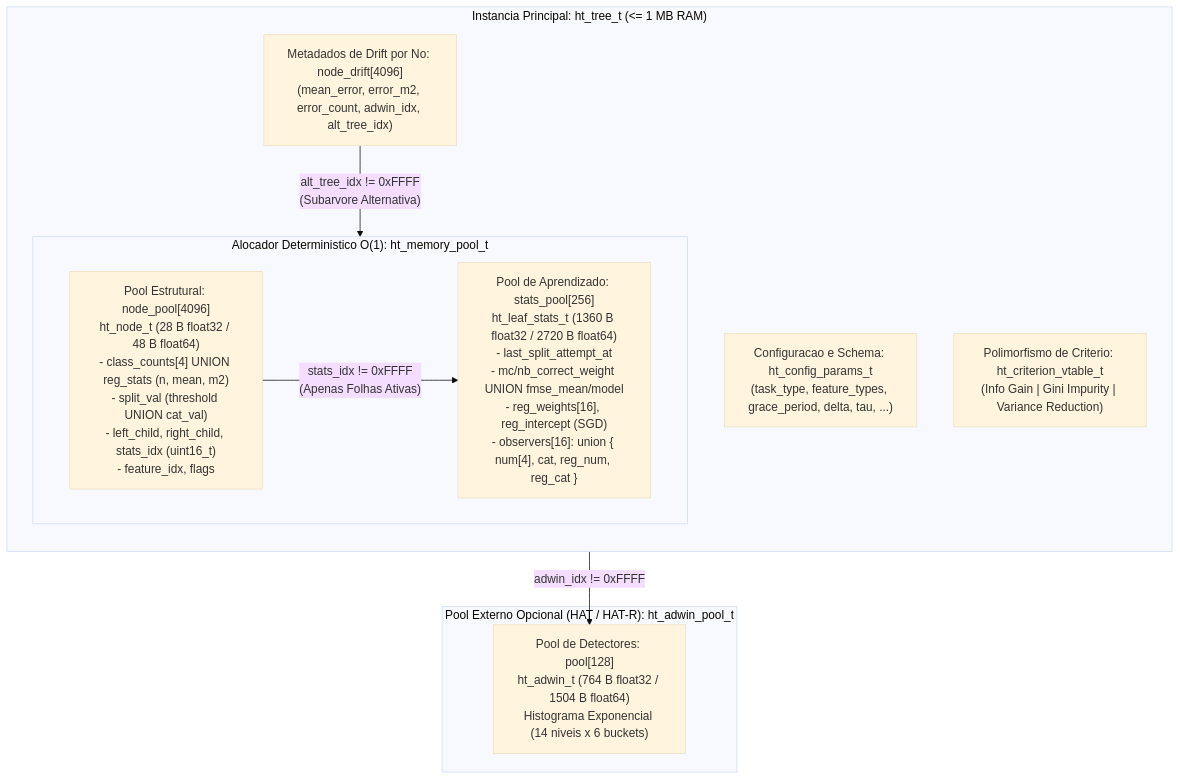
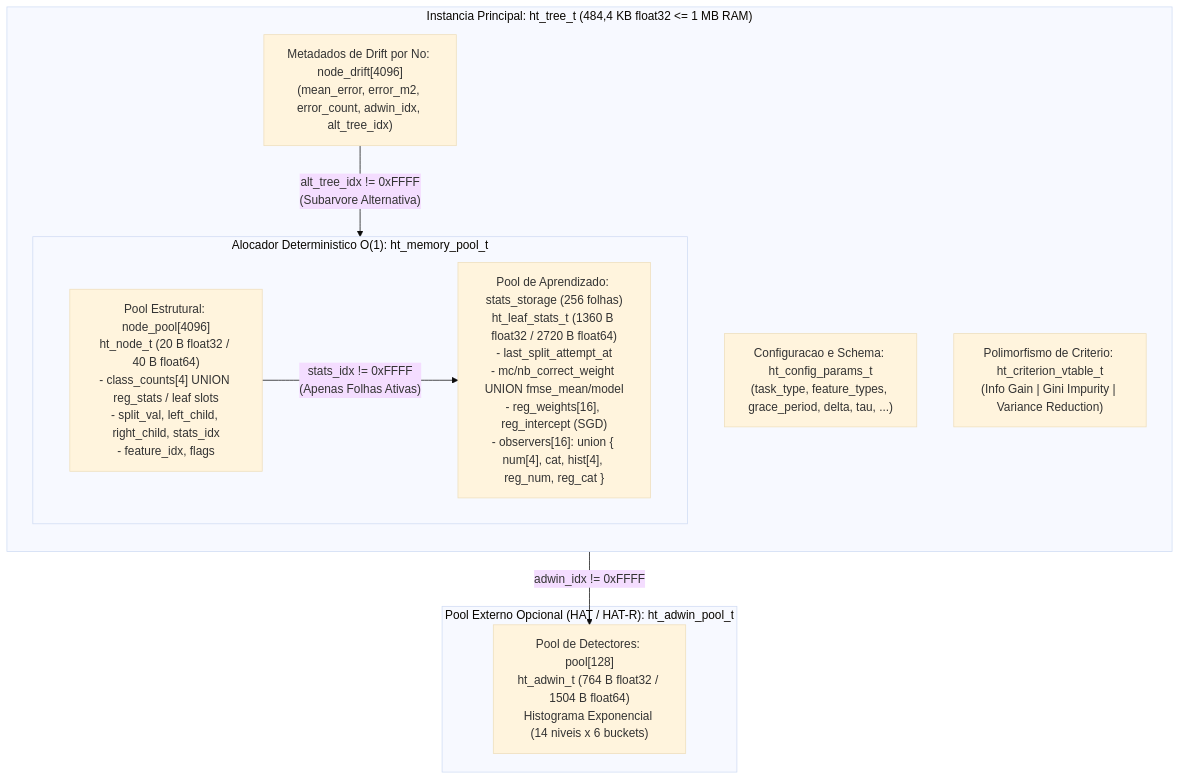
The first of 8 diagrams in wiki/Arquitetura-e-Fluxogramas.md (Julio-C-Oliveira/pessoal_minimal-decision-tree), drawn with Mermaid (base theme) before and after one commit. The commit also changed other lines of this file and 8 other files, not shown here.

````diff
--- a/wiki/Arquitetura-e-Fluxogramas.md
+++ b/wiki/Arquitetura-e-Fluxogramas.md
@@ -64,23 +64,23 @@
 ```mermaid
 flowchart TB
-    subgraph TREE["Instancia Principal: ht_tree_t (<= 1 MB RAM)"]
+    subgraph TREE["Instancia Principal: ht_tree_t (484,4 KB float32 <= 1 MB RAM)"]
         direction TB
         PARAMS["Configuracao e Schema: ht_config_params_t\n(task_type, feature_types, grace_period, delta, tau, ...)"]
         VTABLE["Polimorfismo de Criterio: ht_criterion_vtable_t\n(Info Gain | Gini Impurity | Variance Reduction)"]
         DRIFT_ARR["Metadados de Drift por No: node_drift[4096]\n(mean_error, error_m2, error_count, adwin_idx, alt_tree_idx)"]
 
         subgraph MEMPOOL["Alocador Deterministico O(1): ht_memory_pool_t"]
             direction LR
-            NODEPOOL["Pool Estrutural: node_pool[4096]\nht_node_t (28 B float32 / 48 B float64)\n- class_counts[4] UNION reg_stats (n, mean, m2)\n- split_val (threshold UNION cat_val)\n- left_child, right_child, stats_idx (uint16_t)\n- feature_idx, flags"]
-            STATSPOOL["Pool de Aprendizado: stats_pool[256]\nht_leaf_stats_t (1360 B float32 / 2720 B float64)\n- last_split_attempt_at\n- mc/nb_correct_weight UNION fmse_mean/model\n- reg_weights[16], reg_intercept (SGD)\n- observers[16]: union { num[4], cat, reg_num, reg_cat }"]
+            NODEPOOL["Pool Estrutural: node_pool[4096]\nht_node_t (20 B float32 / 40 B float64)\n- class_counts[4] UNION reg_stats / leaf slots\n- split_val, left_child, right_child, stats_idx\n- feature_idx, flags"]
+            STATSPOOL["Pool de Aprendizado: stats_storage (256 folhas)\nht_leaf_stats_t (1360 B float32 / 2720 B float64)\n- last_split_attempt_at\n- mc/nb_correct_weight UNION fmse_mean/model\n- reg_weights[16], reg_intercept (SGD)\n- observers[16]: union { num[4], cat, hist[4], reg_num, reg_cat }"]
         end
     end
 
     subgraph ADWINPOOL["Pool Externo Opcional (HAT / HAT-R): ht_adwin_pool_t"]
         ADWIN["Pool de Detectores: pool[128]\nht_adwin_t (764 B float32 / 1504 B float64)\nHistograma Exponencial (14 niveis x 6 buckets)"]
     end
 
     NODEPOOL -- "stats_idx != 0xFFFF\n(Apenas Folhas Ativas)" --> STATSPOOL
     DRIFT_ARR -- "adwin_idx != 0xFFFF" --> ADWIN
     DRIFT_ARR -- "alt_tree_idx != 0xFFFF\n(Subarvore Alternativa)" --> NODEPOOL
 ```
````
